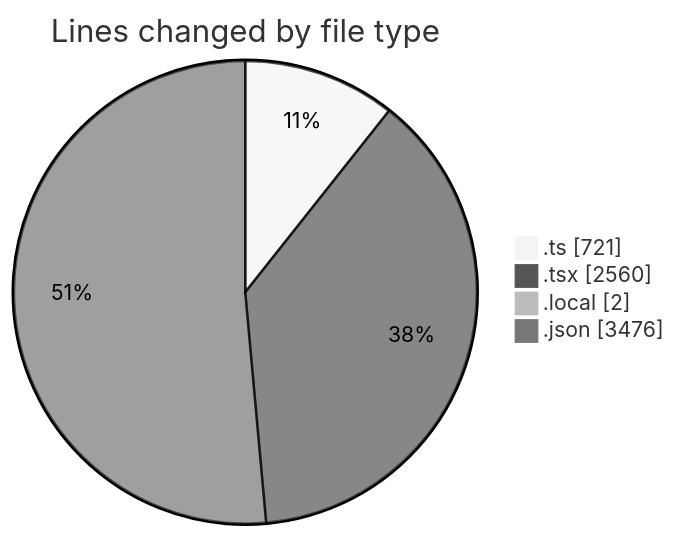
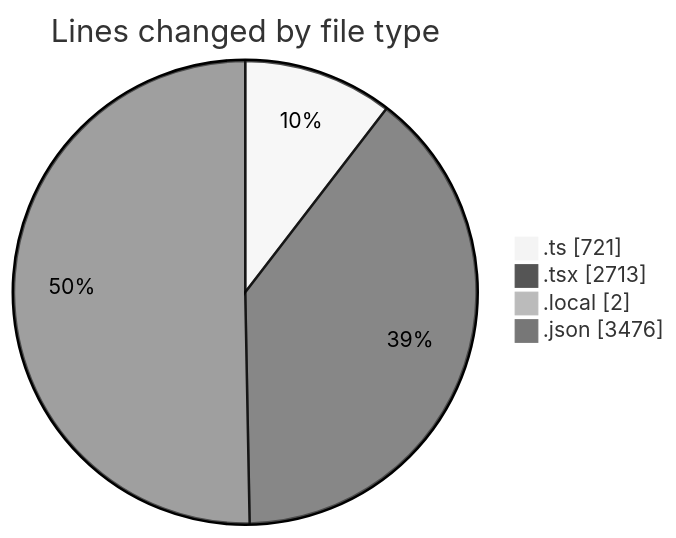
The first of 2 diagrams in 2025-10-28/eventscop-frontend-guide__workspace_/README.md (julien-gomy/code-tracking), drawn with Mermaid (neutral theme) before and after one commit. The commit also changed other lines of this file and 1 other file, not shown here.

````diff
--- a/2025-10-28/eventscop-frontend-guide__workspace_/README.md
+++ b/2025-10-28/eventscop-frontend-guide__workspace_/README.md
@@ -42,8 +42,8 @@
 ```mermaid
 pie showData
 title Lines changed by file type
 ".ts" : 721
-".tsx" : 2560
+".tsx" : 2713
 ".local" : 2
 ".json" : 3476
 ```
````
